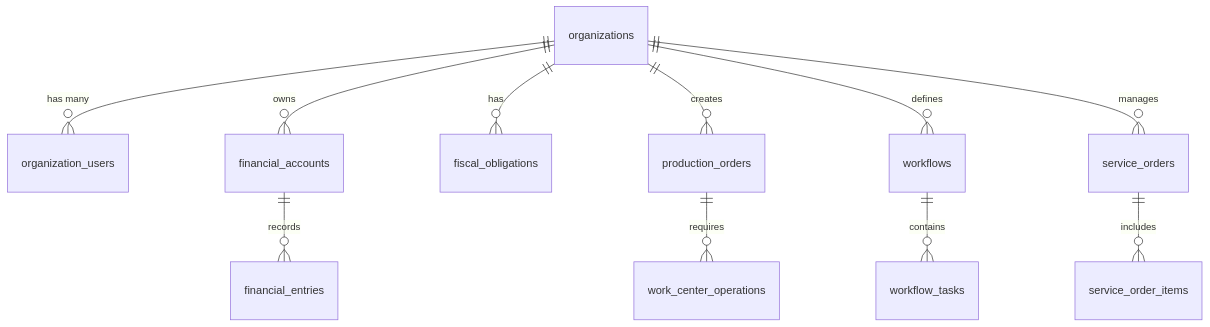
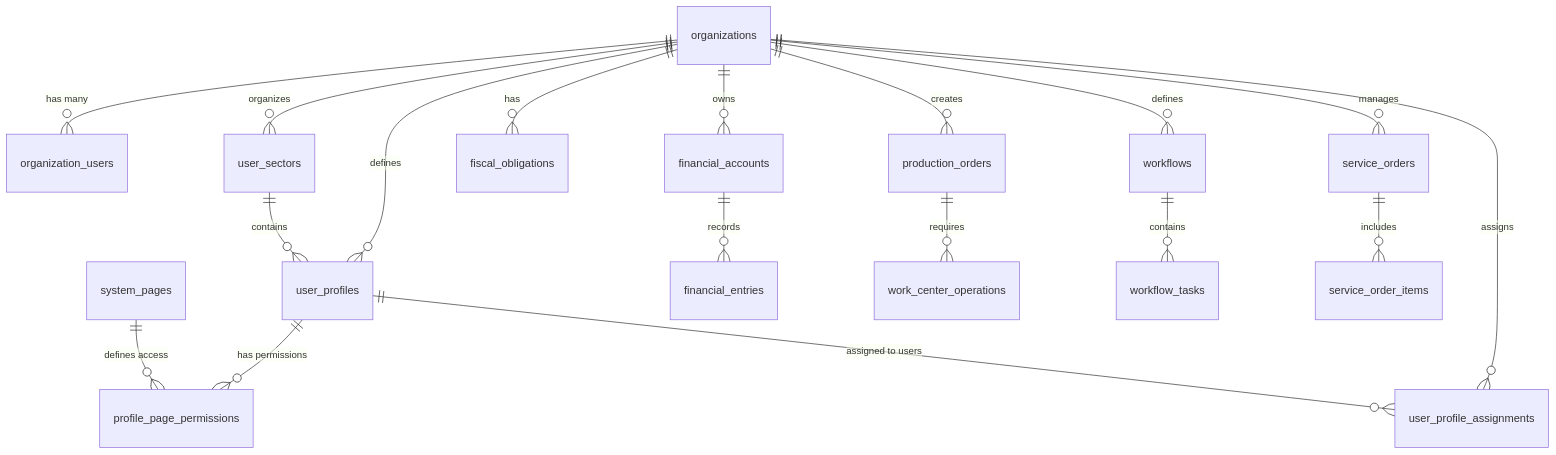
Before and after one commit to pinn-product-builder/erp-retifica-formiguense: the diagram in proj_docs/architecture/database-schema.md, drawn with Mermaid. The commit also changed other lines of this file and 4 other files, not shown here.

````diff
--- a/proj_docs/architecture/database-schema.md
+++ b/proj_docs/architecture/database-schema.md
@@ -206,14 +308,22 @@
 ```mermaid
 erDiagram
     organizations ||--o{ organization_users : "has many"
+    organizations ||--o{ user_sectors : "organizes"
+    organizations ||--o{ user_profiles : "defines"
+    organizations ||--o{ user_profile_assignments : "assigns"
     organizations ||--o{ financial_accounts : "owns"
     organizations ||--o{ fiscal_obligations : "has"
     organizations ||--o{ production_orders : "creates"
     organizations ||--o{ workflows : "defines"
     organizations ||--o{ service_orders : "manages"
     
+    user_sectors ||--o{ user_profiles : "contains"
+    user_profiles ||--o{ profile_page_permissions : "has permissions"
+    user_profiles ||--o{ user_profile_assignments : "assigned to users"
+    system_pages ||--o{ profile_page_permissions : "defines access"
+    
     financial_accounts ||--o{ financial_entries : "records"
     production_orders ||--o{ work_center_operations : "requires"
     workflows ||--o{ workflow_tasks : "contains"
     service_orders ||--o{ service_order_items : "includes"
 ```
````
